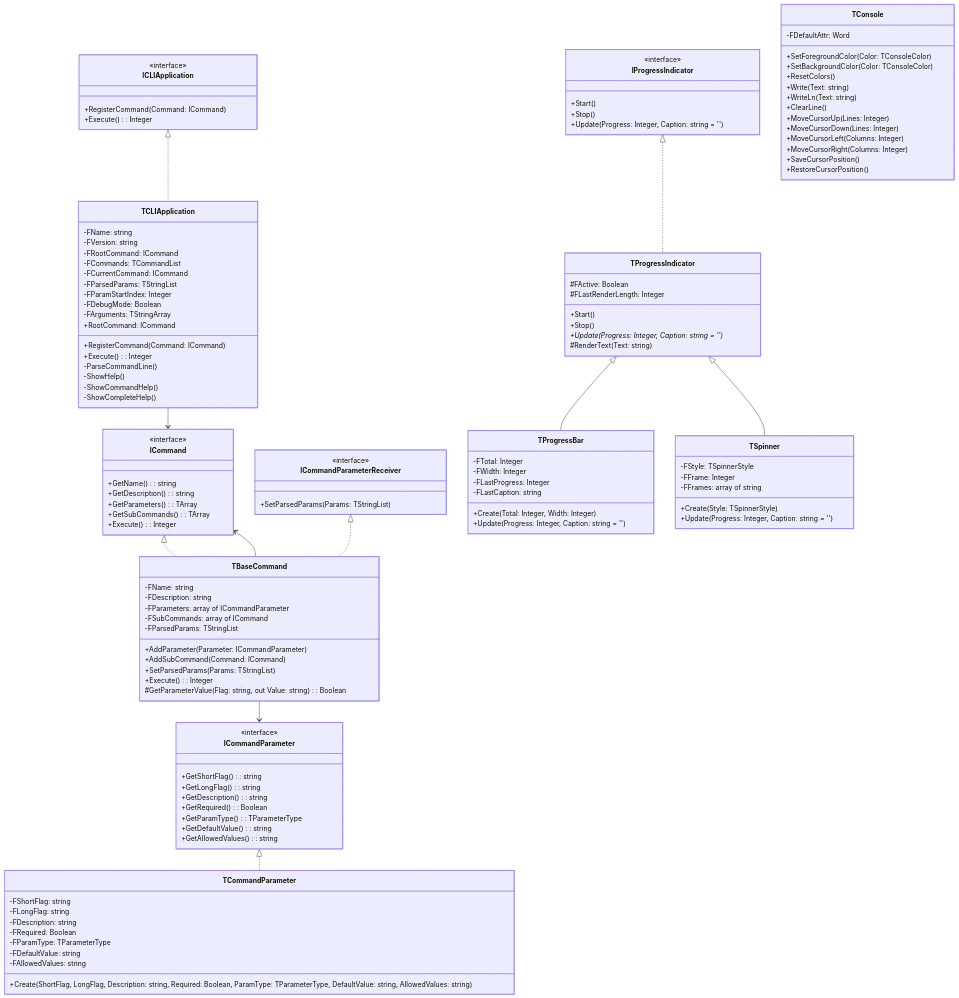
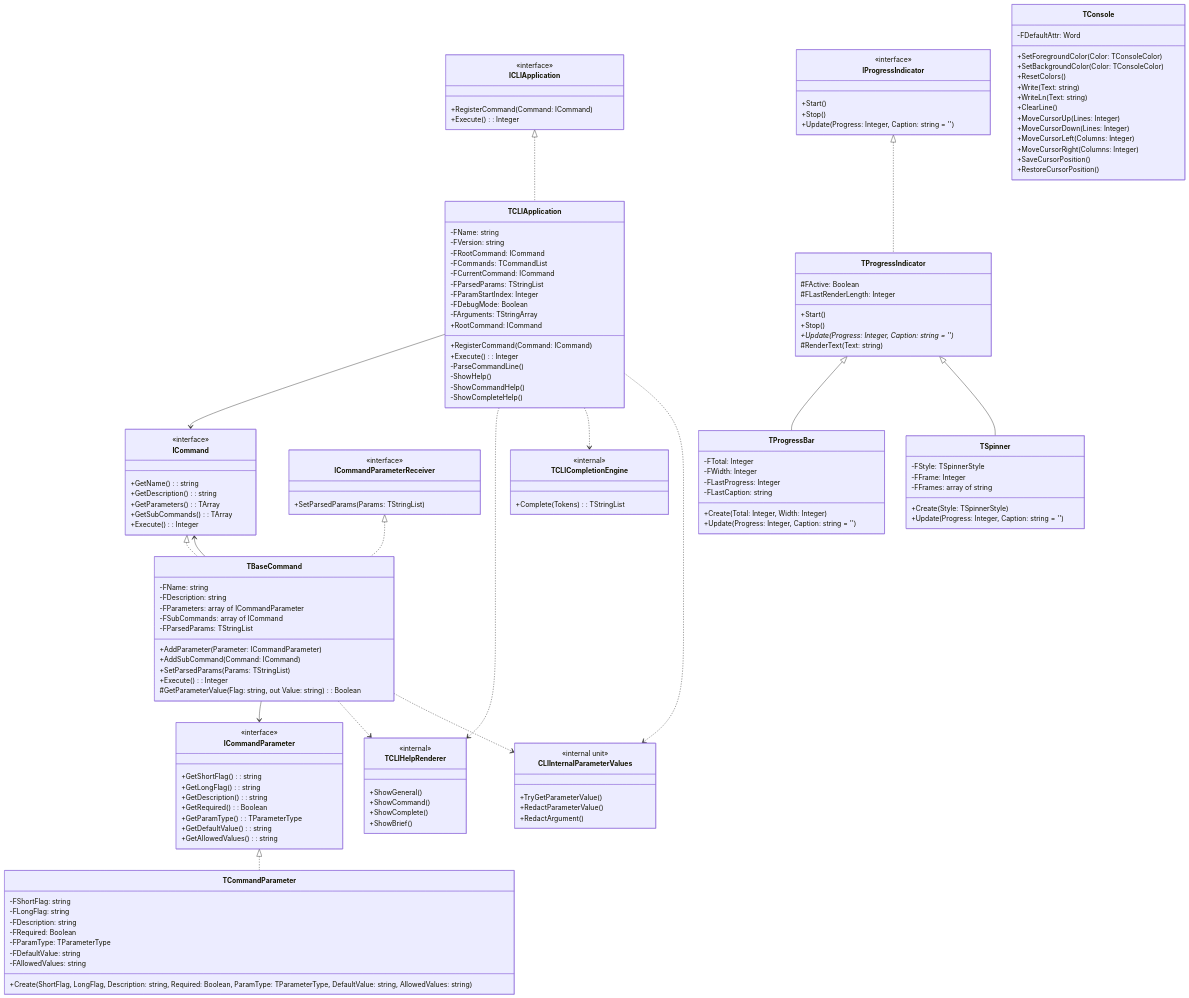
Before and after one commit to ikelaiah/cli-fp: the diagram in docs/technical-docs.md, drawn with Mermaid. The commit also changed other lines of this file and 12 other files, not shown here.

````diff
--- a/docs/technical-docs.md
+++ b/docs/technical-docs.md
@@ -83,6 +83,26 @@
         +Execute(): Integer
         #GetParameterValue(Flag: string, out Value: string): Boolean
     }
+
+    class TCLIHelpRenderer {
+        <<internal>>
+        +ShowGeneral()
+        +ShowCommand()
+        +ShowComplete()
+        +ShowBrief()
+    }
+
+    class TCLICompletionEngine {
+        <<internal>>
+        +Complete(Tokens): TStringList
+    }
+
+    class CLIInternalParameterValues {
+        <<internal unit>>
+        +TryGetParameterValue()
+        +RedactParameterValue()
+        +RedactArgument()
+    }
     
     class TCommandParameter {
         -FShortFlag: string
@@ -146,6 +166,11 @@
     TProgressIndicator <|-- TSpinner
     
     TCLIApplication --> ICommand
+    TCLIApplication ..> TCLIHelpRenderer
+    TCLIApplication ..> TCLICompletionEngine
+    TCLIApplication ..> CLIInternalParameterValues
     TBaseCommand --> ICommandParameter
     TBaseCommand --> ICommand
+    TBaseCommand ..> TCLIHelpRenderer
+    TBaseCommand ..> CLIInternalParameterValues
 ```
````
